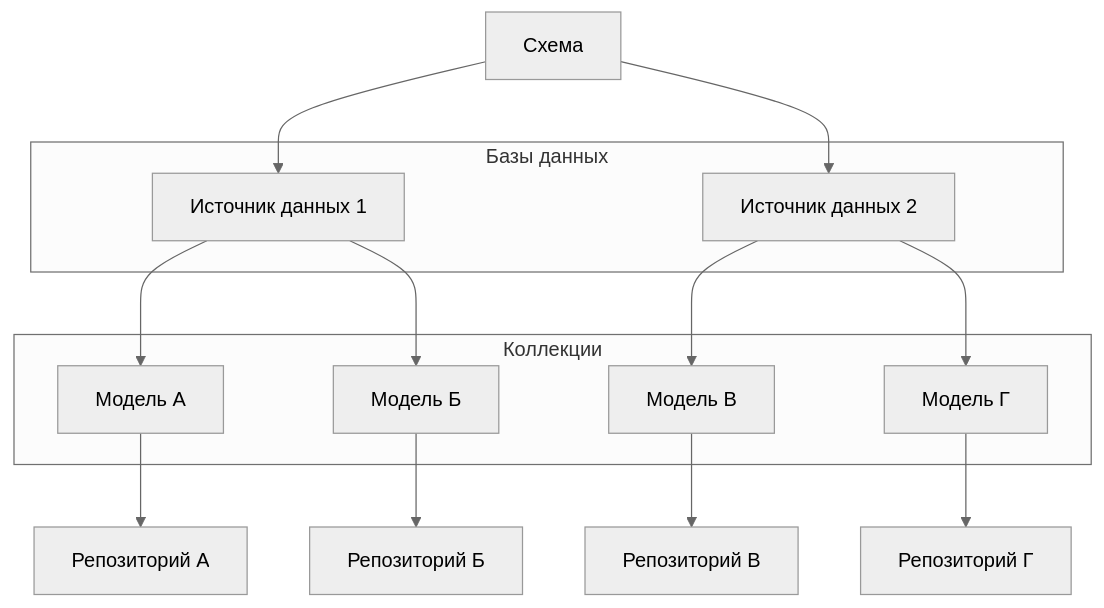
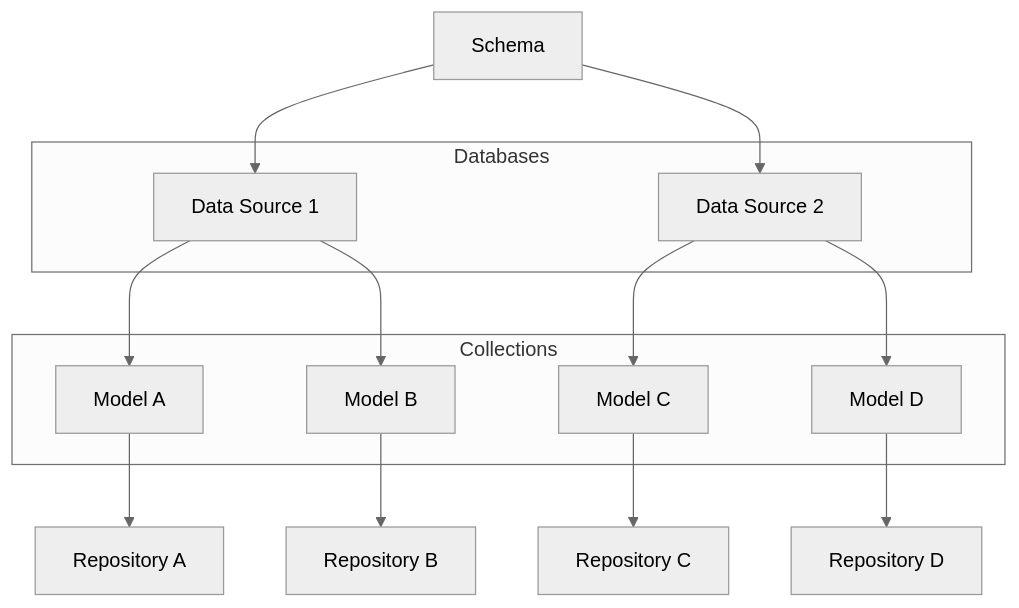
Before and after one commit to e22m4u/js-repository: the diagram in README.md, drawn with Mermaid (neutral theme). The commit also changed other lines of this file and 1 other file, not shown here.

````diff
--- a/README.md
+++ b/README.md
@@ -73,31 +75,31 @@
 ```mermaid
 flowchart TD
 
-  A[Схема]
-  subgraph Базы данных
-    B[Источник данных 1]
-    C[Источник данных 2]
+  A[Schema]
+  subgraph Databases
+    B[Data Source 1]
+    C[Data Source 2]
   end
   A-->B
   A-->C
 
-  subgraph Коллекции
-    D[Модель A]
-    E[Модель Б]
-    F[Модель В]
-    G[Модель Г]
+  subgraph Collections
+    D[Model A]
+    E[Model B]
+    F[Model C]
+    G[Model D]
   end
   B-->D
   B-->E
   C-->F
   C-->G
 
-  H[Репозиторий A]
-  I[Репозиторий Б]
-  J[Репозиторий В]
-  K[Репозиторий Г]
+  H[Repository A]
+  I[Repository B]
+  J[Repository C]
+  K[Repository D]
   D-->H
   E-->I
   F-->J
   G-->K
 ```
````
